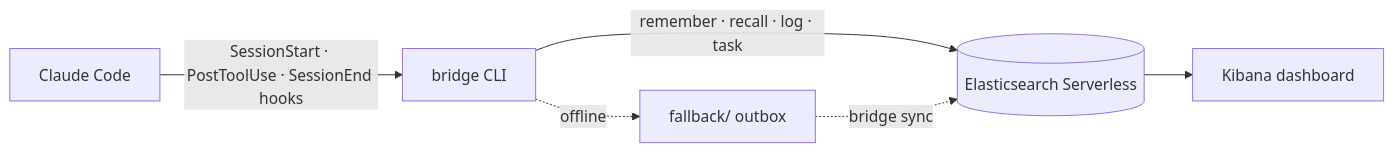
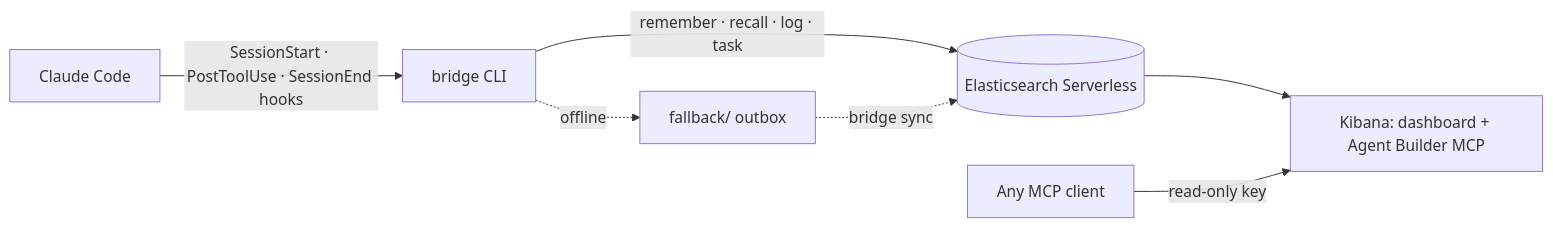
One commit to dirien/agent-memory changed the diagram in slides/slides.md. Above: the diagram before and after it, drawn with Mermaid. The commit also changed other lines of this file and 3 other files, not shown here.

````diff
--- a/slides/slides.md
+++ b/slides/slides.md
@@ -133,8 +411,9 @@
-```mermaid {scale: 0.9}
+```mermaid {scale: 1.4}
 flowchart LR
   A[Claude Code] -- "SessionStart · PostToolUse · SessionEnd hooks" --> B[bridge CLI]
   B -- "remember · recall · log · task" --> C[(Elasticsearch Serverless)]
   B -. offline .-> D[fallback/ outbox]
   D -. "bridge sync" .-> C
-  C --> E[Kibana dashboard]
+  C --> E[Kibana: dashboard + Agent Builder MCP]
+  F[Any MCP client] -- "read-only key" --> E
 ```
````
